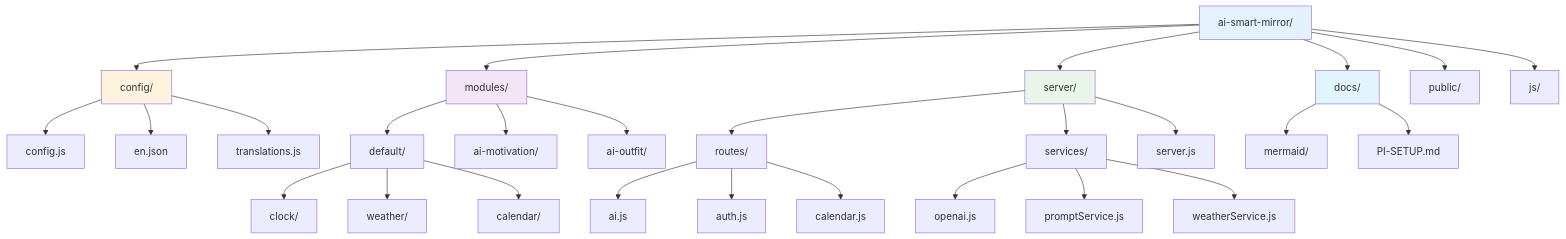
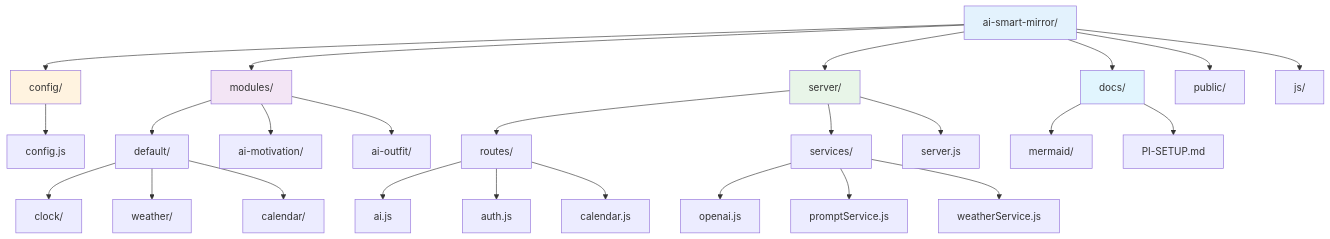
Before and after one commit to bbeaudet-dev/ai-smart-mirror: the third of 3 diagrams in docs/mermaid/system-architecture.md, drawn with Mermaid. The commit also changed 8 other files, not shown here.

````diff
--- a/docs/mermaid/system-architecture.md
+++ b/docs/mermaid/system-architecture.md
@@ -96,42 +96,40 @@
 ```mermaid
 graph TD
     A[ai-smart-mirror/] --> B[config/]
     A --> C[modules/]
     A --> D[server/]
     A --> E[docs/]
     A --> F[public/]
     A --> G[js/]
 
     B --> B1[config.js]
-    B --> B2[en.json]
-    B --> B3[translations.js]
 
     C --> C1[default/]
     C --> C2[ai-motivation/]
     C --> C3[ai-outfit/]
 
     C1 --> C1A[clock/]
     C1 --> C1B[weather/]
     C1 --> C1C[calendar/]
 
     D --> D1[routes/]
     D --> D2[services/]
     D --> D3[server.js]
 
     D1 --> D1A[ai.js]
     D1 --> D1B[auth.js]
     D1 --> D1C[calendar.js]
 
     D2 --> D2A[openai.js]
     D2 --> D2B[promptService.js]
     D2 --> D2C[weatherService.js]
 
     E --> E1[mermaid/]
     E --> E2[PI-SETUP.md]
 
     style A fill:#e3f2fd
     style B fill:#fff3e0
     style C fill:#f3e5f5
     style D fill:#e8f5e8
     style E fill:#e1f5fe
 ```
````
